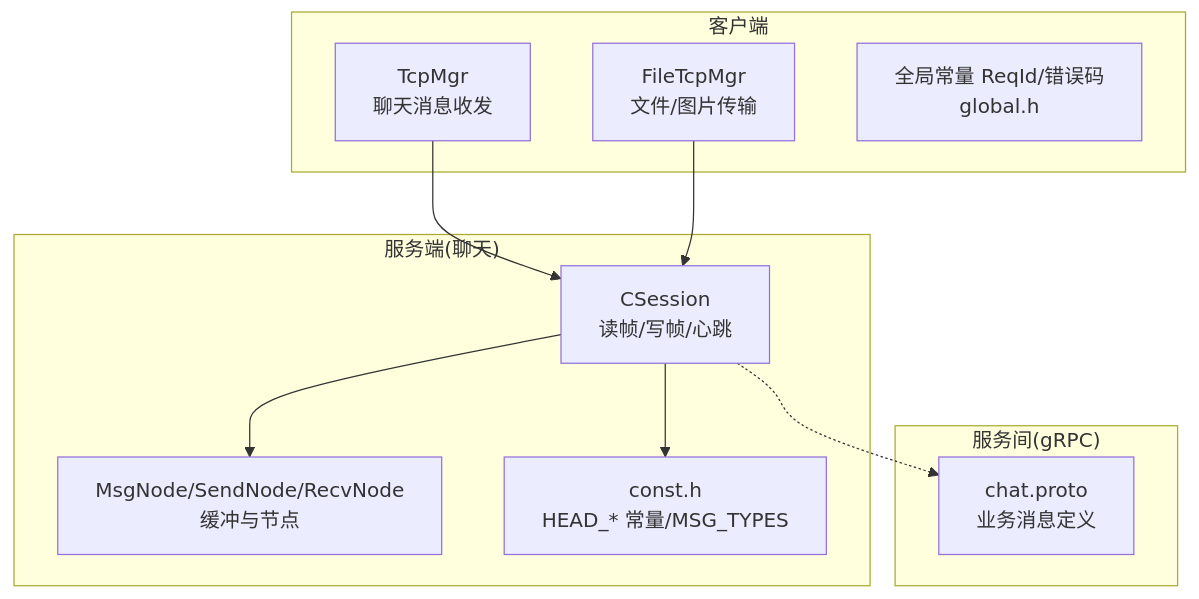
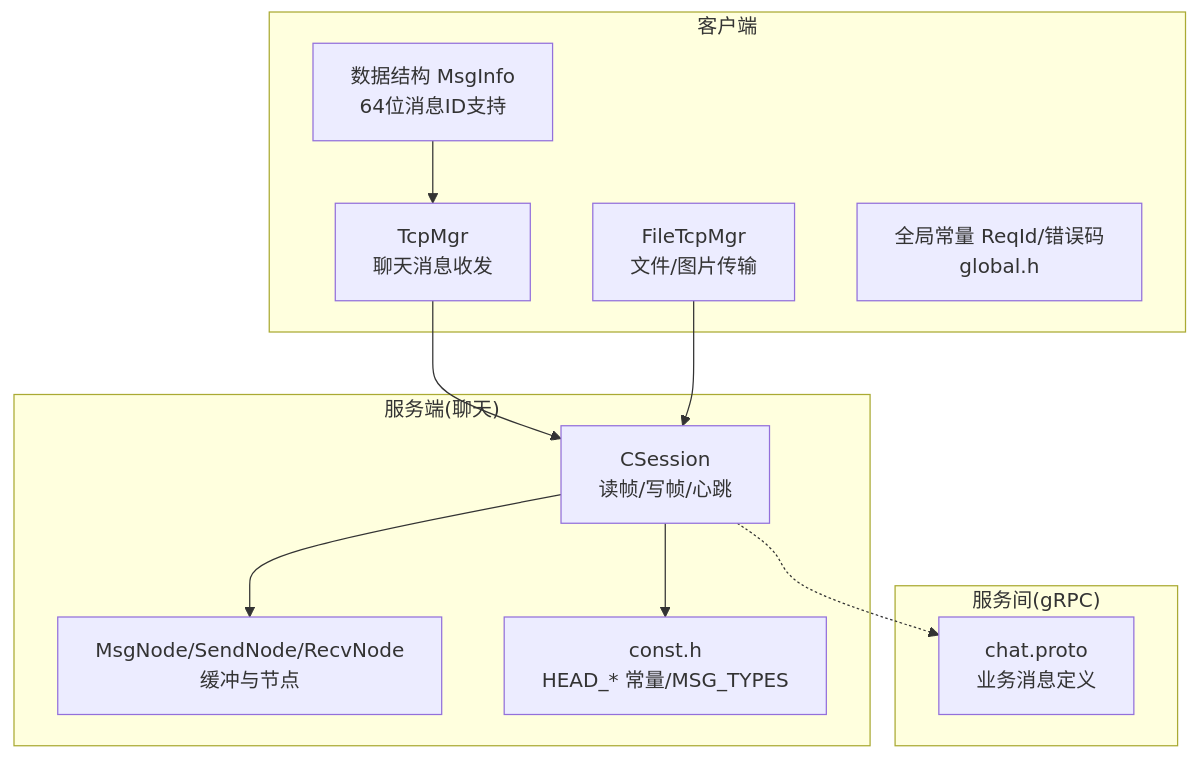
Before and after one commit to echo9923/mychatter: the first of 10 diagrams in .qoder/repowiki/zh/content/网络通信/TCP通信协议/TCP消息协议/消息帧格式规范.md, drawn with Mermaid. The commit also changed other lines of this file and 132 other files, not shown here.

````diff
--- a/.qoder/repowiki/zh/content/网络通信/TCP通信协议/TCP消息协议/消息帧格式规范.md
+++ b/.qoder/repowiki/zh/content/网络通信/TCP通信协议/TCP消息协议/消息帧格式规范.md
@@ -36,21 +47,23 @@
 ```mermaid
 graph TB
 subgraph "客户端"
 A["TcpMgr<br/>聊天消息收发"]
 B["FileTcpMgr<br/>文件/图片传输"]
 C["全局常量 ReqId/错误码<br/>global.h"]
+D["数据结构 MsgInfo<br/>64位消息ID支持"]
 end
 subgraph "服务端(聊天)"
-D["CSession<br/>读帧/写帧/心跳"]
-E["MsgNode/SendNode/RecvNode<br/>缓冲与节点"]
-F["const.h<br/>HEAD_* 常量/MSG_TYPES"]
+E["CSession<br/>读帧/写帧/心跳"]
+F["MsgNode/SendNode/RecvNode<br/>缓冲与节点"]
+G["const.h<br/>HEAD_* 常量/MSG_TYPES"]
 end
 subgraph "服务间(gRPC)"
-G["chat.proto<br/>业务消息定义"]
+H["chat.proto<br/>业务消息定义"]
 end
-A --> D
-B --> D
-D --> E
-D --> F
-D -.-> G
+A --> E
+B --> E
+E --> F
+E --> G
+E -.-> H
+D --> A
 ```
````
